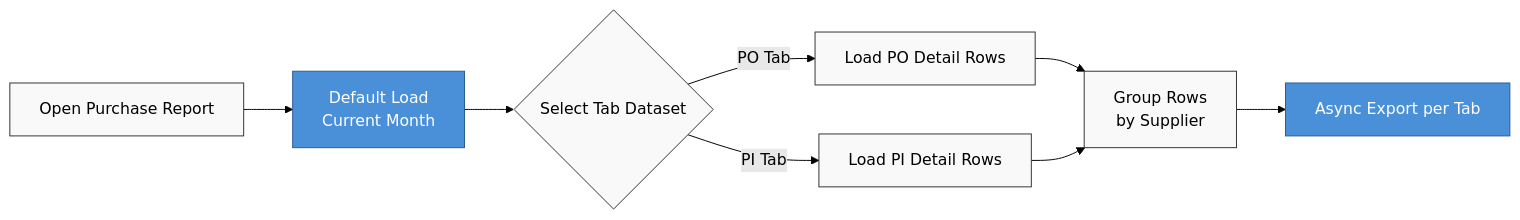
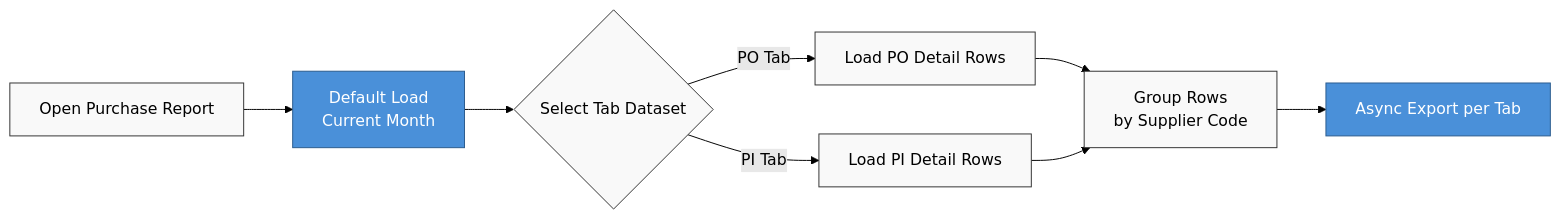
Before and after one commit to yendyr/olshoperp-docs: the diagram in qa-docs/_meta/docs-hub/menus/accounting-purchase-report/overview.en.md, drawn with Mermaid (forest theme). The commit also changed other lines of this file and 58 other files, not shown here.

First line of the commit message:
docs(qa): sync supplier display code-only across AP/SCM menus

````diff
--- a/qa-docs/_meta/docs-hub/menus/accounting-purchase-report/overview.en.md
+++ b/qa-docs/_meta/docs-hub/menus/accounting-purchase-report/overview.en.md
@@ -45,13 +45,13 @@
 ```mermaid
 flowchart LR
     classDef default fill:#f9f9f9,stroke:#333,stroke-width:1px
     classDef action fill:#4a90d9,stroke:#2b5c8f,color:#fff
     A[Open Purchase Report] --> B[Default Load<br/>Current Month]
     B --> C{Select Tab Dataset}
     C -->|PO Tab| D[Load PO Detail Rows]
     C -->|PI Tab| E[Load PI Detail Rows]
-    D --> F[Group Rows<br/>by Supplier]
+    D --> F[Group Rows<br/>by Supplier Code]
     E --> F
     F --> G[Async Export per Tab]
     class B,G action
 ```
````
